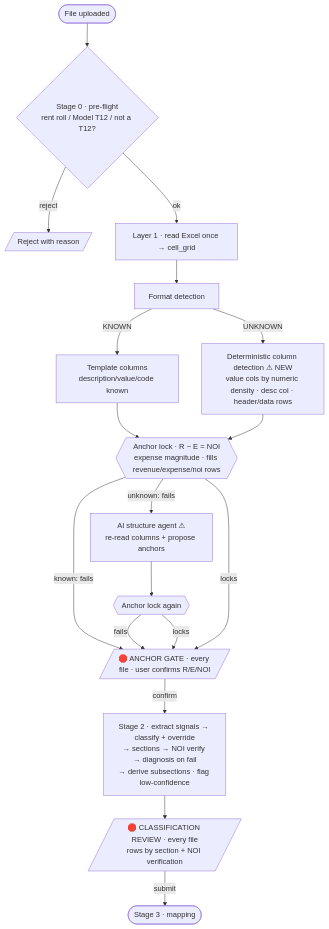
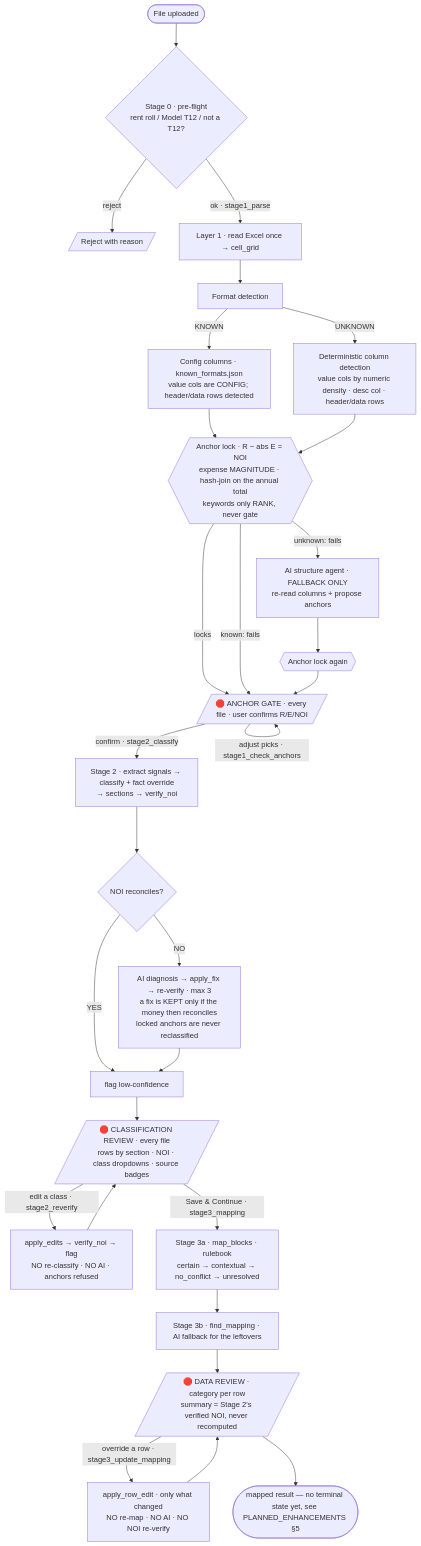
Before and after one commit to Eswar021/real-estate-deal-analysis-ai-pipeline: the diagram in app/t12_pipeline/docs/build/NEW_WORKFLOW.md, drawn with Mermaid. The commit also changed other lines of this file, not shown here.

````diff
--- a/app/t12_pipeline/docs/build/NEW_WORKFLOW.md
+++ b/app/t12_pipeline/docs/build/NEW_WORKFLOW.md
@@ -19,26 +22,41 @@
 ```mermaid
 flowchart TD
     U([File uploaded]) --> P{Stage 0 · pre-flight<br/>rent roll / Model T12 / not a T12?}
     P -->|reject| X[/Reject with reason/]
-    P -->|ok| G[Layer 1 · read Excel once → cell_grid]
+    P -->|ok · stage1_parse| G[Layer 1 · read Excel once → cell_grid]
     G --> F[Format detection]
 
-    F -->|KNOWN| KC[Template columns<br/>description/value/code known]
-    F -->|UNKNOWN| DC[Deterministic column detection ⚠ NEW<br/>value cols by numeric density · desc col · header/data rows]
+    F -->|KNOWN| KC[Config columns · known_formats.json<br/>value cols are CONFIG; header/data rows detected]
+    F -->|UNKNOWN| DC[Deterministic column detection<br/>value cols by numeric density · desc col · header/data rows]
 
     KC --> L
     DC --> L
-    L{{Anchor lock · R − E = NOI<br/>expense magnitude · fills revenue/expense/noi rows}}
+    L{{Anchor lock · R − abs E = NOI<br/>expense MAGNITUDE · hash-join on the annual total<br/>keywords only RANK, never gate}}
 
+    L -->|locks| GATE
     L -->|known: fails| GATE
-    L -->|unknown: fails| AI[AI structure agent ⚠<br/>re-read columns + propose anchors]
+    L -->|unknown: fails| AI[AI structure agent · FALLBACK ONLY<br/>re-read columns + propose anchors]
     AI --> L2{{Anchor lock again}}
-    L2 -->|fails| GATE
-    L2 -->|locks| GATE
-    L -->|locks| GATE
+    L2 --> GATE
 
     GATE[/🛑 ANCHOR GATE · every file · user confirms R/E/NOI/]
-    GATE -->|confirm| C[Stage 2 · extract signals → classify + override<br/>→ sections → NOI verify → diagnosis on fail<br/>→ derive subsections · flag low-confidence]
-    C --> R[/🛑 CLASSIFICATION REVIEW · every file<br/>rows by section + NOI verification/]
-    R -->|submit| M([Stage 3 · mapping])
+    GATE -->|adjust picks · stage1_check_anchors| GATE
+
+    GATE -->|confirm · stage2_classify| C[Stage 2 · extract signals → classify + fact override<br/>→ sections → verify_noi]
+    C --> NOK{NOI reconciles?}
+    NOK -->|NO| D[AI diagnosis → apply_fix → re-verify · max 3<br/>a fix is KEPT only if the money then reconciles<br/>locked anchors are never reclassified]
+    NOK -->|YES| CF[flag low-confidence]
+    D --> CF
+    CF --> R[/🛑 CLASSIFICATION REVIEW · every file<br/>rows by section · NOI · class dropdowns · source badges/]
+
+    R -->|edit a class · stage2_reverify| RV[apply_edits → verify_noi → flag<br/>NO re-classify · NO AI · anchors refused]
+    RV --> R
+
+    R -->|Save &amp; Continue · stage3_mapping| M[Stage 3a · map_blocks · rulebook<br/>certain → contextual → no_conflict → unresolved]
+    M --> MA[Stage 3b · find_mapping · AI fallback for the leftovers]
+    MA --> DR[/🛑 DATA REVIEW · category per row<br/>summary = Stage 2's verified NOI, never recomputed/]
+
+    DR -->|override a row · stage3_update_mapping| UP[apply_row_edit · only what changed<br/>NO re-map · NO AI · NO NOI re-verify]
+    UP --> DR
+    DR --> END([mapped result — no terminal state yet, see PLANNED_ENHANCEMENTS §5])
 ```
````
